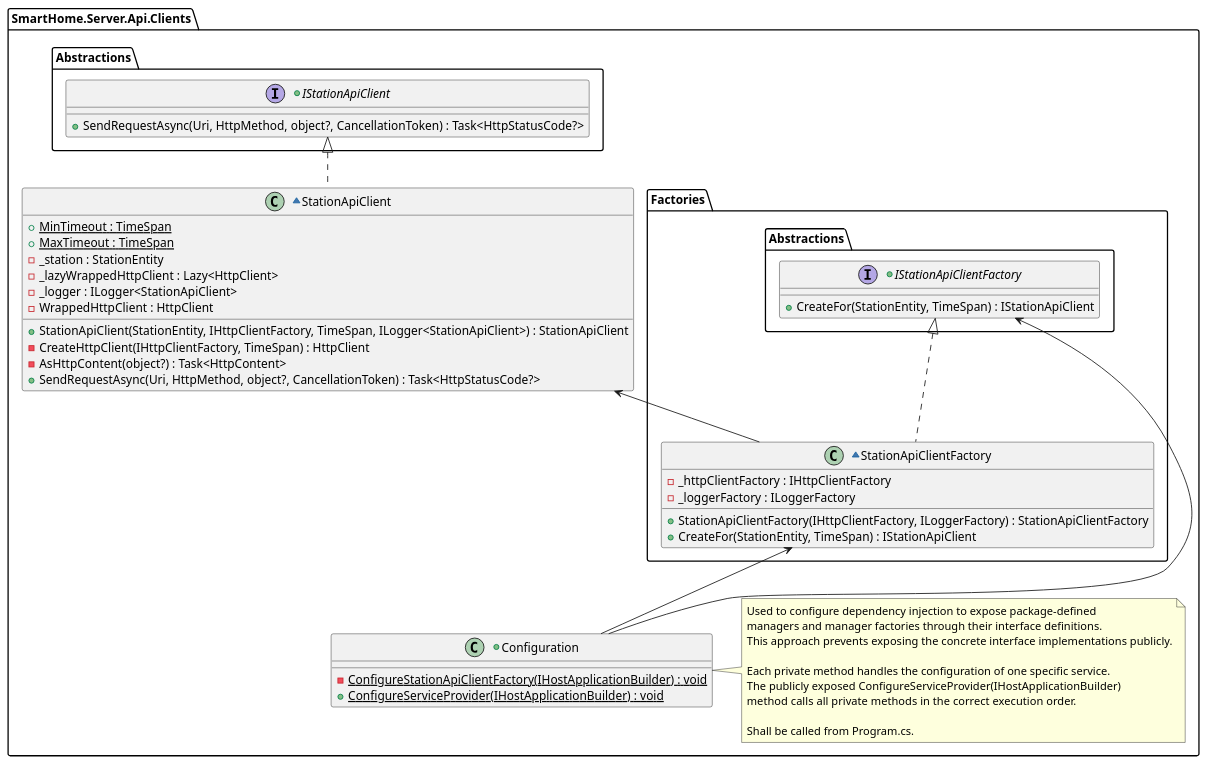
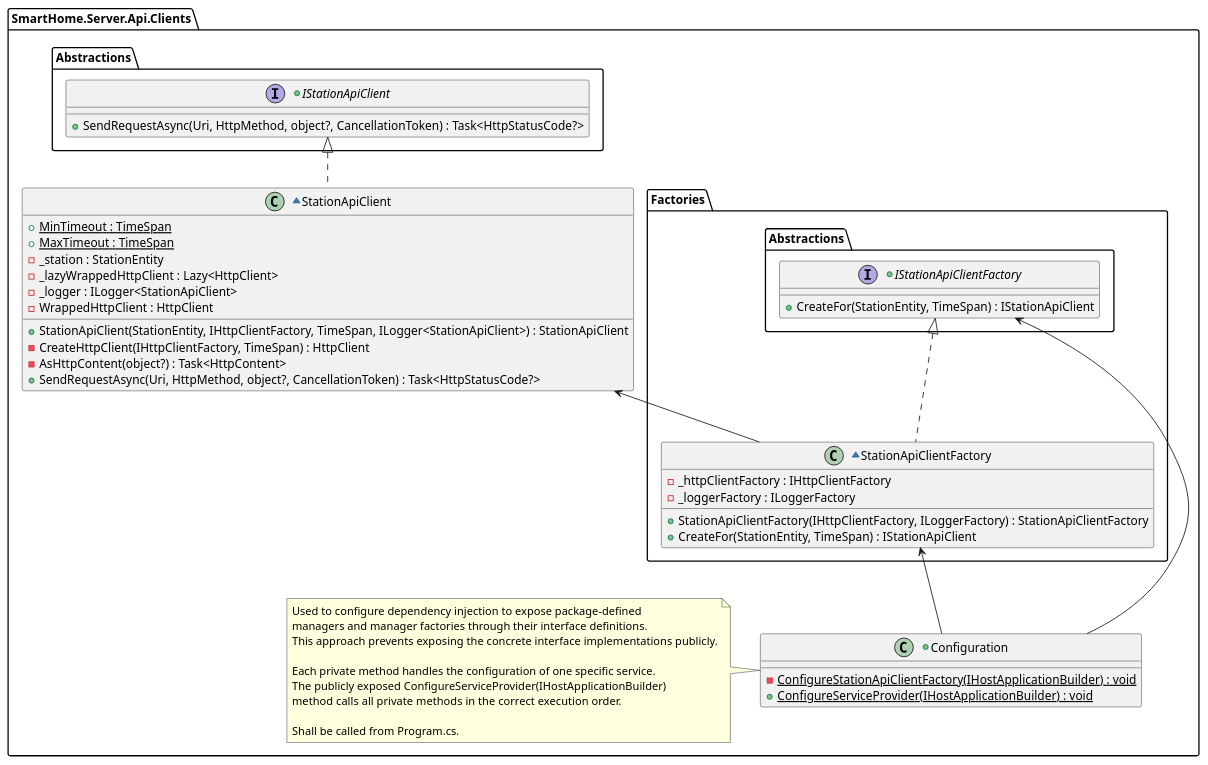
The diagram in doc/Server/uml/modules/SmartHome.Server.Api.Clients.pu (JakubMiodunka/smart-home), drawn with PlantUML before and after one commit. The commit also changed 7 other files, not shown here.

Commit message:
[#38] Adding UML diagremas for Controllers module. Refinement of other diagrams.

```diff
--- a/doc/Server/uml/modules/SmartHome.Server.Api.Clients.pu
+++ b/doc/Server/uml/modules/SmartHome.Server.Api.Clients.pu
@@ -1,63 +1,63 @@
 @startuml
 
 package "SmartHome.Server.Api.Clients" as ApiClient {
     package Factories {
         package Abstractions as FactoriesAbstractions {
             +interface IStationApiClientFactory {
                 +CreateFor(StationEntity, TimeSpan) : IStationApiClient
             }
         }
 
         ~class StationApiClientFactory {
             -_httpClientFactory : IHttpClientFactory
             -_loggerFactory : ILoggerFactory
             +StationApiClientFactory(IHttpClientFactory, ILoggerFactory) : StationApiClientFactory
             +CreateFor(StationEntity, TimeSpan) : IStationApiClient
         }
 
         IStationApiClientFactory <|.. StationApiClientFactory
     }
 
     package Abstractions as ClientsAbstractions {
         +interface IStationApiClient {
             +SendRequestAsync(Uri, HttpMethod, object?, CancellationToken) : Task<HttpStatusCode?>
         }
     }
 
     ~class StationApiClient {
             +{static} MinTimeout : TimeSpan
             +{static} MaxTimeout : TimeSpan
             -_station : StationEntity
             -_lazyWrappedHttpClient : Lazy<HttpClient>
             -_logger : ILogger<StationApiClient>
             -WrappedHttpClient : HttpClient
             +StationApiClient(StationEntity, IHttpClientFactory, TimeSpan, ILogger<StationApiClient>) : StationApiClient
             -CreateHttpClient(IHttpClientFactory, TimeSpan) : HttpClient
             -AsHttpContent(object?) : Task<HttpContent>
             +SendRequestAsync(Uri, HttpMethod, object?, CancellationToken) : Task<HttpStatusCode?>
         }
 
     +class Configuration {
         -{static} ConfigureStationApiClientFactory(IHostApplicationBuilder) : void
         +{static} ConfigureServiceProvider(IHostApplicationBuilder) : void
     }
 
     IStationApiClient <|.. StationApiClient
     StationApiClient <-- StationApiClientFactory
     IStationApiClientFactory <-- Configuration
     StationApiClientFactory <-- Configuration
 
-    note right of Configuration
+    note left of Configuration
         Used to configure dependency injection to expose package-defined 
         managers and manager factories through their interface definitions.
         This approach prevents exposing the concrete interface implementations publicly.
         
         Each private method handles the configuration of one specific service.
         The publicly exposed ConfigureServiceProvider(IHostApplicationBuilder) 
         method calls all private methods in the correct execution order.
         
         Shall be called from Program.cs.
     end note
 }
 
 @enduml
```
